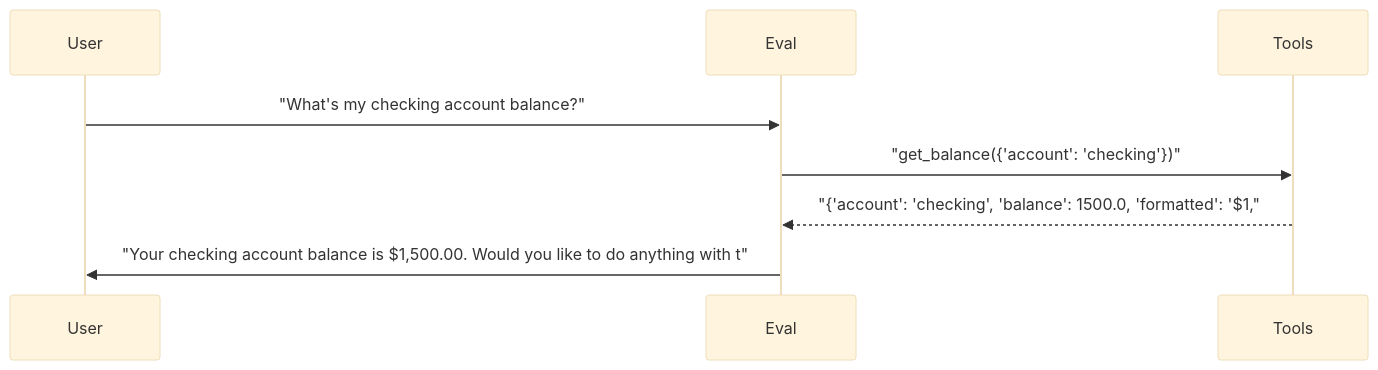
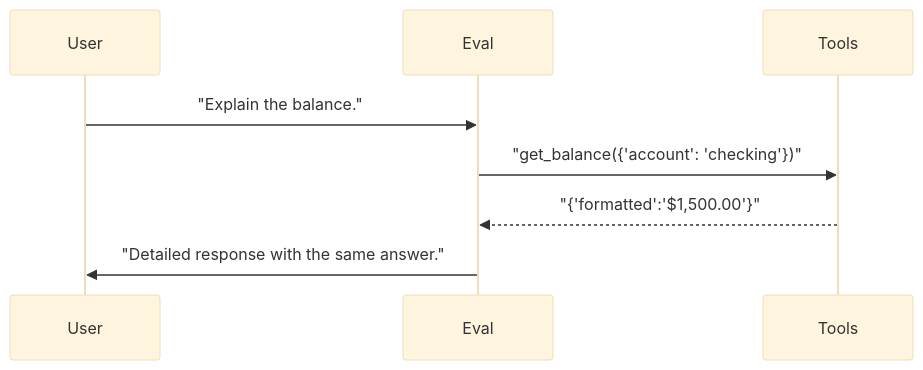
Before and after one commit to sbroenne/pytest-skill-engineering: the second of 3 diagrams in docs/reports/05_prompt_comparison.md, drawn with Mermaid (base theme). The commit also changed other lines of this file and 137 other files, not shown here.

````diff
--- a/docs/reports/05_prompt_comparison.md
+++ b/docs/reports/05_prompt_comparison.md
@@ -205,11 +93,11 @@
 ```mermaid
 sequenceDiagram
     participant User
     participant Eval
     participant Tools
 
-    User->>Eval: "What's my checking account balance?"
+    User->>Eval: "Explain the balance."
     Eval->>Tools: "get_balance({'account': 'checking'})"
-    Tools-->>Eval: "{'account': 'checking', 'balance': 1500.0, 'formatted': '$1,"
-    Eval->>User: "Your checking account balance is $1,500.00. Would you like to do anything with t"
+    Tools-->>Eval: "{'formatted':'$1,500.00'}"
+    Eval->>User: "Detailed response with the same answer."
 ```
````
